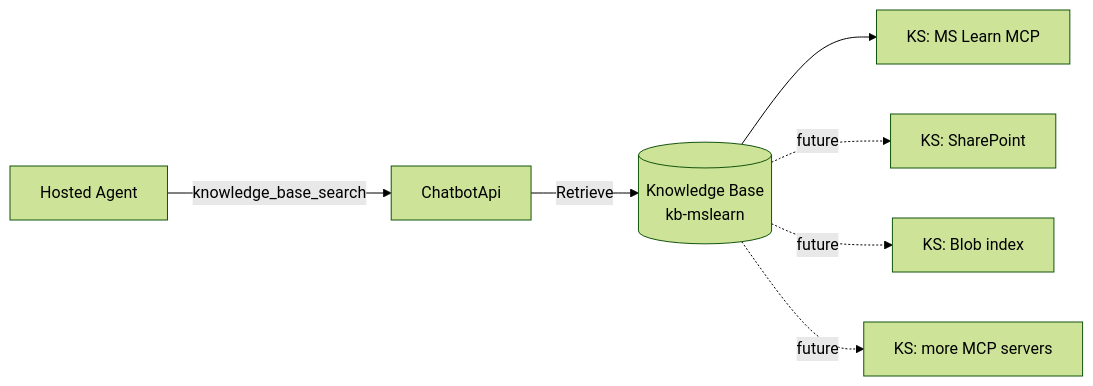
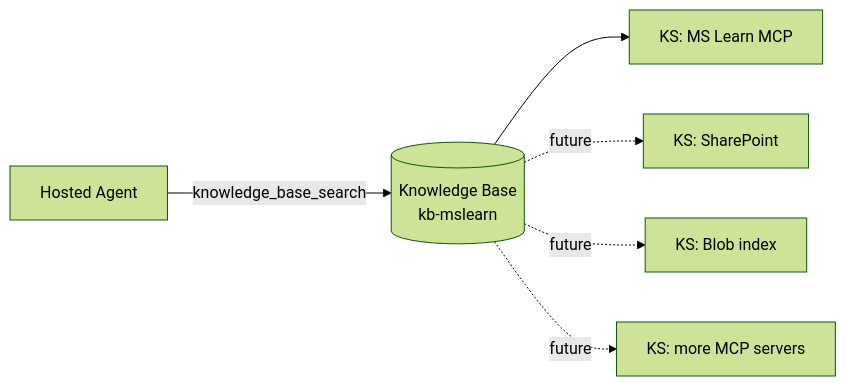
The second of 3 diagrams in docs/architecture.md (michaelsrichter/nasuni-azure-assistant), drawn with Mermaid (forest theme) before and after one commit. The commit also changed other lines of this file and 22 other files, not shown here.

````diff
--- a/docs/architecture.md
+++ b/docs/architecture.md
@@ -58,9 +76,8 @@
 ```mermaid
 flowchart LR
-    AG[Hosted Agent] -- knowledge_base_search --> API[ChatbotApi]
-    API -- Retrieve --> KB[(Knowledge Base<br/>kb-mslearn)]
+    AG[Hosted Agent] -- knowledge_base_search --> KB[(Knowledge Base<br/>kb-mslearn)]
     KB --> S1[KS: MS Learn MCP]
     KB -. future .-> S2[KS: SharePoint]
     KB -. future .-> S3[KS: Blob index]
     KB -. future .-> S4[KS: more MCP servers]
 ```
````
